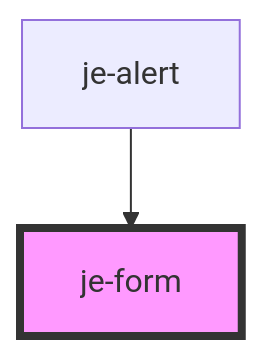
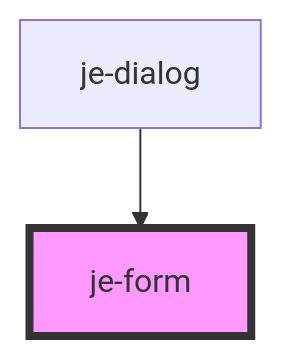
One commit to pgreen00/jebamo changed the diagram in packages/docs/docs/components/je-form/readme.md. Above: the diagram before and after it, drawn with Mermaid. The commit also changed other lines of this file and 23 other files, not shown here.

````diff
--- a/packages/docs/docs/components/je-form/readme.md
+++ b/packages/docs/docs/components/je-form/readme.md
@@ -22,5 +22,5 @@
 ```mermaid
 graph TD;
-  je-alert --> je-form
+  je-dialog --> je-form
   style je-form fill:#f9f,stroke:#333,stroke-width:4px
 ```
````
